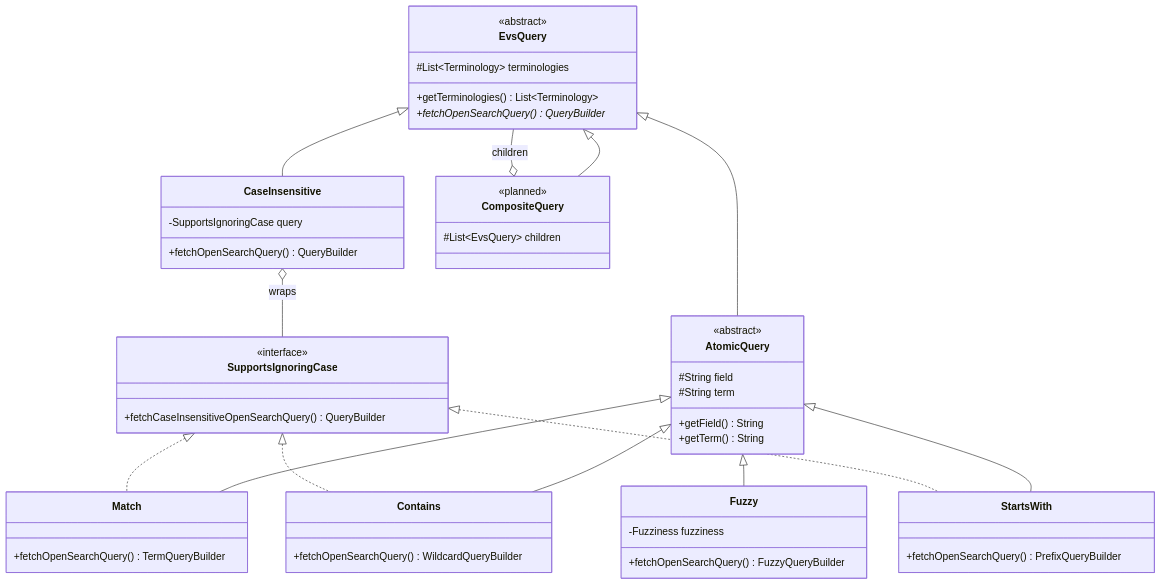
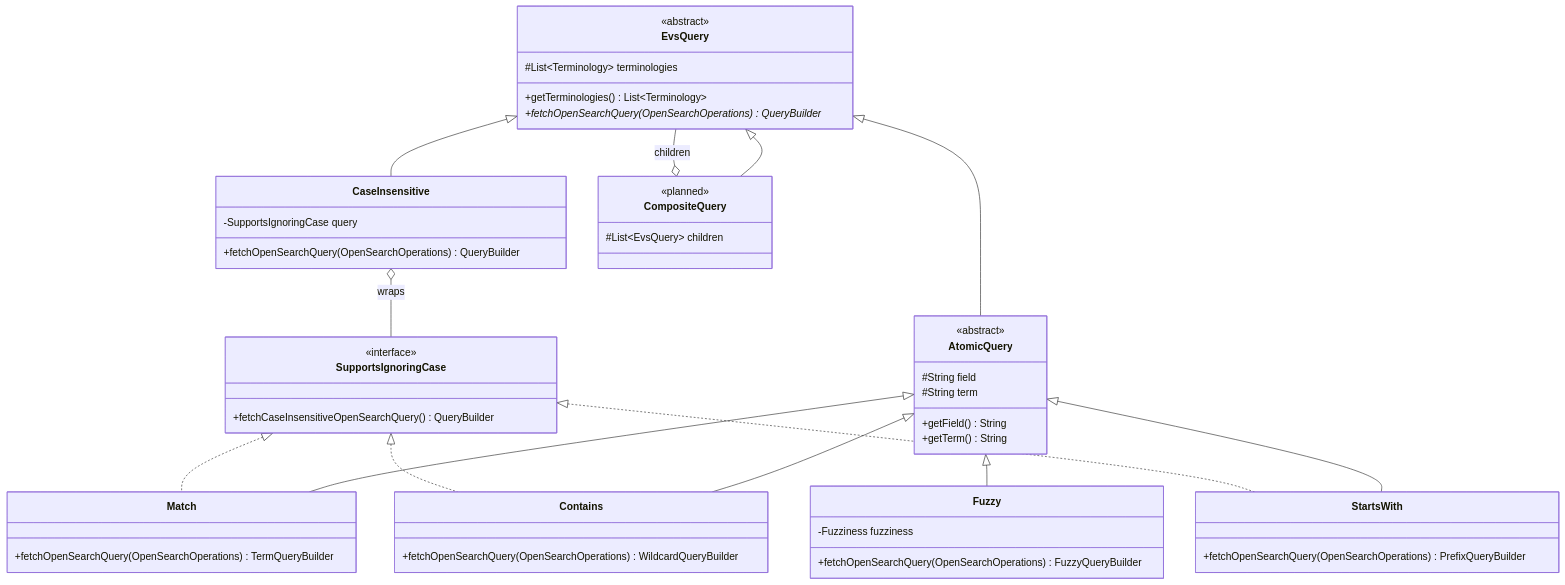
The diagram in src/main/java/gov/nih/nci/evs/api/query/README.md (WestCoastInformatics/evsrestapi), drawn with Mermaid before and after one commit. The commit also changed other lines of this file, not shown here.

First line of the commit message:
Document the query boundary in the query README

````diff
--- a/src/main/java/gov/nih/nci/evs/api/query/README.md
+++ b/src/main/java/gov/nih/nci/evs/api/query/README.md
@@ -20,61 +20,61 @@
 ```mermaid
 classDiagram
     direction TB
 
     class EvsQuery {
         <<abstract>>
         #List~Terminology~ terminologies
         +getTerminologies() List~Terminology~
-        +fetchOpenSearchQuery()* QueryBuilder
+        +fetchOpenSearchQuery(OpenSearchOperations)* QueryBuilder
     }
 
     class AtomicQuery {
         <<abstract>>
         #String field
         #String term
         +getField() String
         +getTerm() String
     }
 
     class SupportsIgnoringCase {
         <<interface>>
         +fetchCaseInsensitiveOpenSearchQuery() QueryBuilder
     }
 
     class CaseInsensitive {
         -SupportsIgnoringCase query
-        +fetchOpenSearchQuery() QueryBuilder
+        +fetchOpenSearchQuery(OpenSearchOperations) QueryBuilder
     }
 
     class Match {
-        +fetchOpenSearchQuery() TermQueryBuilder
+        +fetchOpenSearchQuery(OpenSearchOperations) TermQueryBuilder
     }
     class Contains {
-        +fetchOpenSearchQuery() WildcardQueryBuilder
+        +fetchOpenSearchQuery(OpenSearchOperations) WildcardQueryBuilder
     }
     class StartsWith {
-        +fetchOpenSearchQuery() PrefixQueryBuilder
+        +fetchOpenSearchQuery(OpenSearchOperations) PrefixQueryBuilder
     }
     class Fuzzy {
         -Fuzziness fuzziness
-        +fetchOpenSearchQuery() FuzzyQueryBuilder
+        +fetchOpenSearchQuery(OpenSearchOperations) FuzzyQueryBuilder
     }
 
     class CompositeQuery {
         <<planned>>
         #List~EvsQuery~ children
     }
 
     EvsQuery <|-- AtomicQuery
     EvsQuery <|-- CompositeQuery
     EvsQuery <|-- CaseInsensitive
     AtomicQuery <|-- Match
     AtomicQuery <|-- Contains
     AtomicQuery <|-- StartsWith
     AtomicQuery <|-- Fuzzy
     SupportsIgnoringCase <|.. Match
     SupportsIgnoringCase <|.. Contains
     SupportsIgnoringCase <|.. StartsWith
     CompositeQuery o-- EvsQuery : children
     CaseInsensitive o-- SupportsIgnoringCase : wraps
 ```
````
